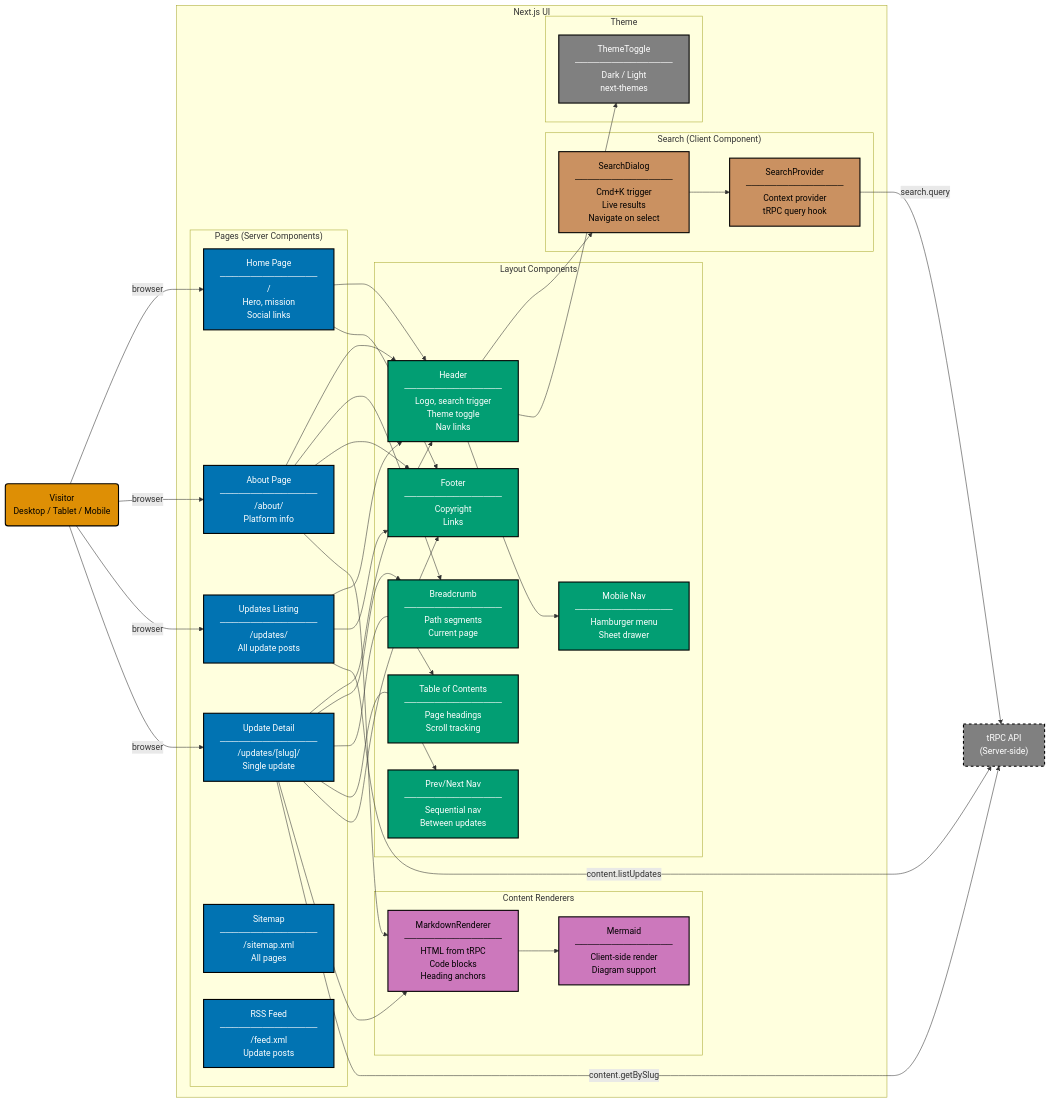
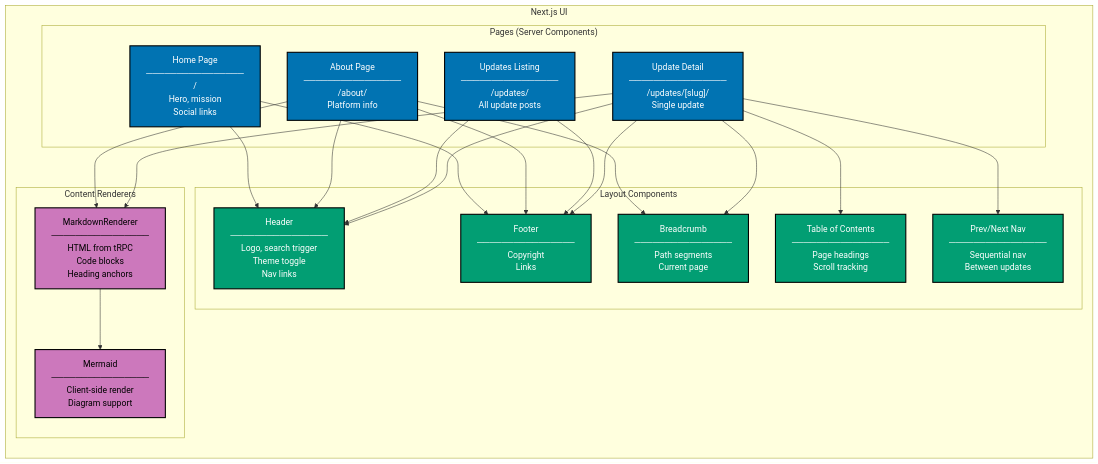
The second of 3 diagrams in specs/apps/ose/components/platform-web/component-web.md (wahidyankf/baseerah), drawn with Mermaid before and after one commit. The commit also changed other lines of this file and 20 other files, not shown here.

First line of the commit message:
fix(docs): remediate mermaid violations surfaced by the detect_kind fix

````diff
--- a/specs/apps/ose/components/platform-web/component-web.md
+++ b/specs/apps/ose/components/platform-web/component-web.md
@@ -10,8 +50,6 @@
 ```mermaid
 %% Color Palette: Blue #0173B2 | Orange #DE8F05 | Teal #029E73 | Purple #CC78BC | Brown #CA9161 | Gray #808080
 graph LR
-    VISITOR("Visitor<br/>Desktop / Tablet / Mobile"):::actor
-
     subgraph SPA["Next.js UI"]
 
         subgraph LAYER1["Pages (Server Components)"]
@@ -19,8 +57,6 @@
             AP["About Page<br/>────────────────<br/>/about/<br/>Platform info"]:::page
             UL["Updates Listing<br/>────────────────<br/>/updates/<br/>All update posts"]:::page
             UD["Update Detail<br/>────────────────<br/>/updates/[slug]/<br/>Single update"]:::page
-            SP["Sitemap<br/>────────────────<br/>/sitemap.xml<br/>All pages"]:::page
-            FP["RSS Feed<br/>────────────────<br/>/feed.xml<br/>Update posts"]:::page
         end
 
         subgraph LAYER2["Layout Components"]
@@ -29,7 +65,6 @@
             BREAD["Breadcrumb<br/>────────────────<br/>Path segments<br/>Current page"]:::layout
             TOC["Table of Contents<br/>────────────────<br/>Page headings<br/>Scroll tracking"]:::layout
             PREVNEXT["Prev/Next Nav<br/>────────────────<br/>Sequential nav<br/>Between updates"]:::layout
-            MOBILE["Mobile Nav<br/>────────────────<br/>Hamburger menu<br/>Sheet drawer"]:::layout
         end
 
         subgraph LAYER3["Content Renderers"]
@@ -37,24 +72,7 @@
             MERMAID["Mermaid<br/>────────────────<br/>Client-side render<br/>Diagram support"]:::renderer
         end
 
-        subgraph LAYER4["Search (Client Component)"]
-            SD["SearchDialog<br/>────────────────<br/>Cmd+K trigger<br/>Live results<br/>Navigate on select"]:::search
-            SP2["SearchProvider<br/>────────────────<br/>Context provider<br/>tRPC query hook"]:::search
-        end
-
-        subgraph LAYER5["Theme"]
-            TT["ThemeToggle<br/>────────────────<br/>Dark / Light<br/>next-themes"]:::theme
-        end
-
     end
-
-    API["tRPC API<br/>(Server-side)"]:::external
-
-    %% Visitor → Pages
-    VISITOR -->|"browser"| HP
-    VISITOR -->|"browser"| AP
-    VISITOR -->|"browser"| UL
-    VISITOR -->|"browser"| UD
 
     %% Pages use Layout
     HP --> HEADER
@@ -75,22 +93,7 @@
     UD --> MDR
     MDR --> MERMAID
 
-    %% Header → Search + Theme
-    HEADER --> SD
-    HEADER --> TT
-    HEADER --> MOBILE
-    SD --> SP2
-
-    %% Search + Pages → API
-    SP2 -->|"search.query"| API
-    UD -->|"content.getBySlug"| API
-    UL -->|"content.listUpdates"| API
-
-    classDef actor fill:#DE8F05,stroke:#000000,color:#000000,stroke-width:2px
     classDef page fill:#0173B2,stroke:#000000,color:#FFFFFF,stroke-width:2px
     classDef layout fill:#029E73,stroke:#000000,color:#FFFFFF,stroke-width:2px
     classDef renderer fill:#CC78BC,stroke:#000000,color:#000000,stroke-width:2px
-    classDef search fill:#CA9161,stroke:#000000,color:#000000,stroke-width:2px
-    classDef theme fill:#808080,stroke:#000000,color:#FFFFFF,stroke-width:2px
-    classDef external fill:#808080,stroke:#000000,color:#FFFFFF,stroke-width:2px,stroke-dasharray:5 5
 ```
````
